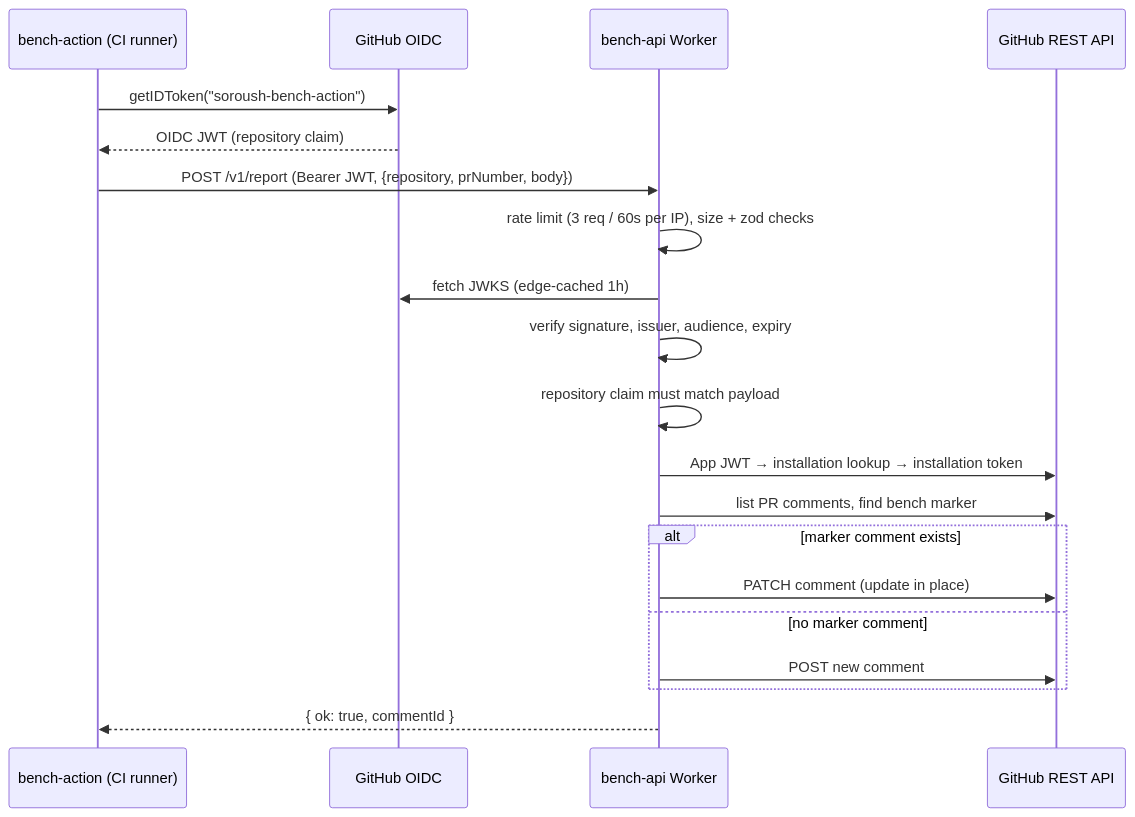
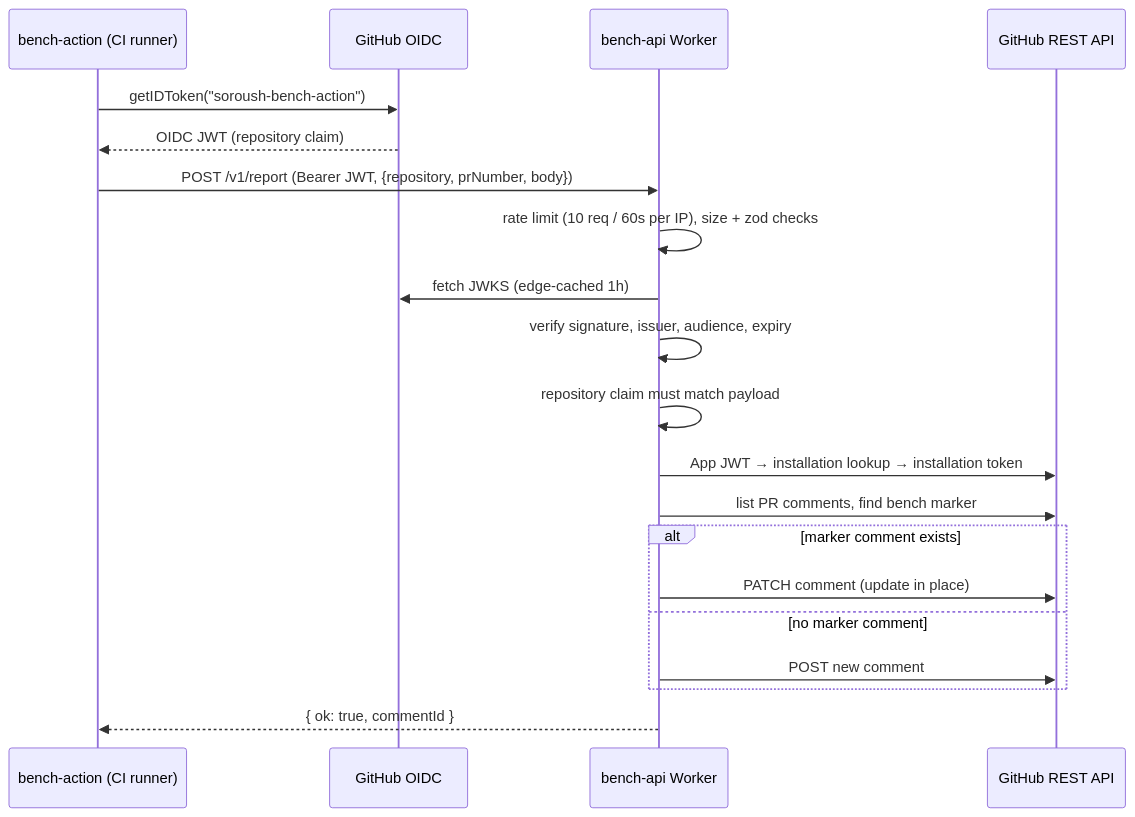
The diagram in workers/bench/README.md (soroush-tech/core), drawn with Mermaid before and after one commit. The commit also changed other lines of this file and 3 other files, not shown here.

First line of the commit message:
feat(bench-api): raise the report rate limit to 10 req/60s per IP

````diff
--- a/workers/bench/README.md
+++ b/workers/bench/README.md
@@ -11,23 +11,23 @@
 ```mermaid
 sequenceDiagram
     participant CI as bench-action (CI runner)
     participant GH_OIDC as GitHub OIDC
     participant Relay as bench-api Worker
     participant GH as GitHub REST API
 
     CI->>GH_OIDC: getIDToken("soroush-bench-action")
     GH_OIDC-->>CI: OIDC JWT (repository claim)
     CI->>Relay: POST /v1/report (Bearer JWT, {repository, prNumber, body})
-    Relay->>Relay: rate limit (3 req / 60s per IP), size + zod checks
+    Relay->>Relay: rate limit (10 req / 60s per IP), size + zod checks
     Relay->>GH_OIDC: fetch JWKS (edge-cached 1h)
     Relay->>Relay: verify signature, issuer, audience, expiry
     Relay->>Relay: repository claim must match payload
     Relay->>GH: App JWT → installation lookup → installation token
     Relay->>GH: list PR comments, find bench marker
     alt marker comment exists
         Relay->>GH: PATCH comment (update in place)
     else no marker comment
         Relay->>GH: POST new comment
     end
     Relay-->>CI: { ok: true, commentId }
 ```
````
